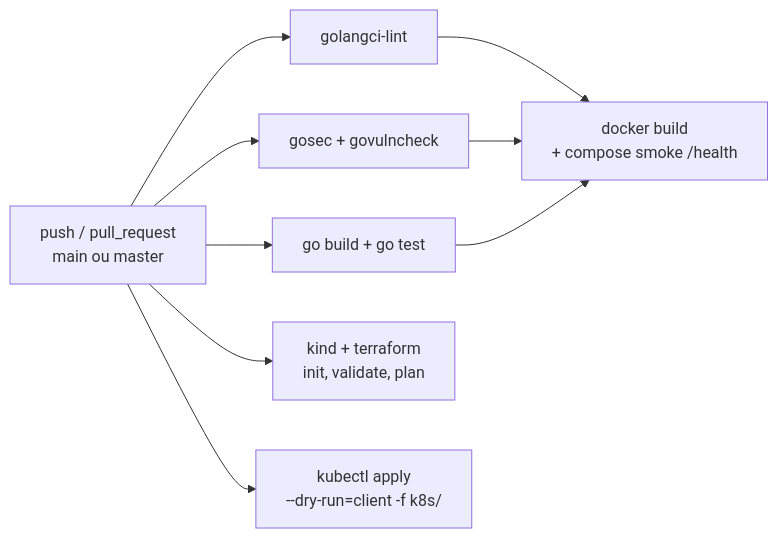
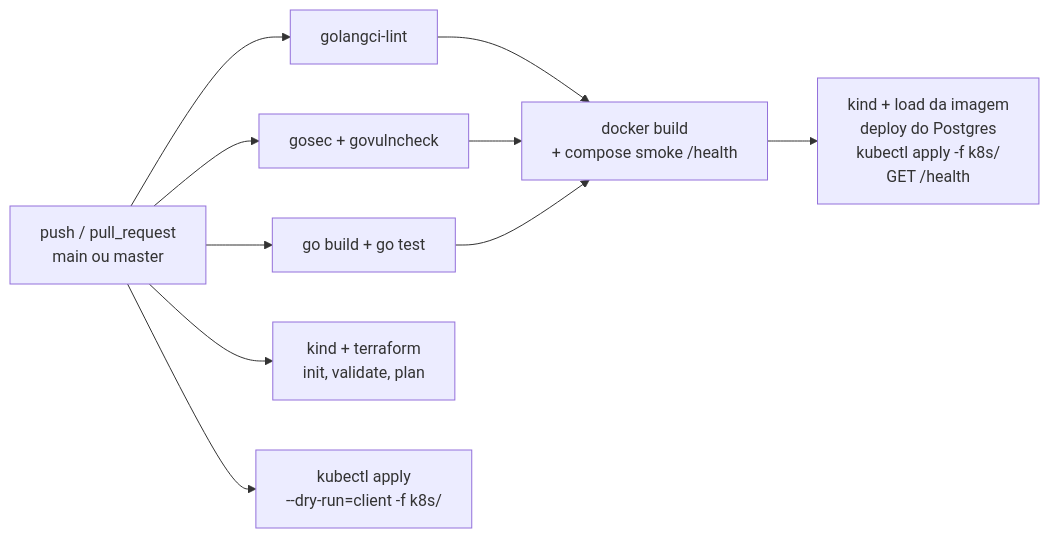
The fourth of 5 diagrams in README.md (gustavorichter/TechChalleng), drawn with Mermaid before and after one commit. The commit also changed other lines of this file and 2 other files, not shown here.

Commit message:
feat: faz o deploy da API e do PostgreSQL no cluster Kubernetes do CI

````diff
--- a/README.md
+++ b/README.md
@@ -206,11 +206,12 @@
 ```mermaid
 flowchart LR
     Push["push / pull_request<br/>main ou master"] --> Lint["golangci-lint"]
     Push --> Sec["gosec + govulncheck"]
     Push --> Test["go build + go test"]
     Lint --> Docker["docker build<br/>+ compose smoke /health"]
     Sec --> Docker
     Test --> Docker
     Push --> TF["kind + terraform<br/>init, validate, plan"]
-    Push --> K8s["kubectl apply<br/>--dry-run=client -f k8s/"]
+    Push --> K8sLint["kubectl apply<br/>--dry-run=client -f k8s/"]
+    Docker --> Deploy["kind + load da imagem<br/>deploy do Postgres<br/>kubectl apply -f k8s/<br/>GET /health"]
 ```
````
